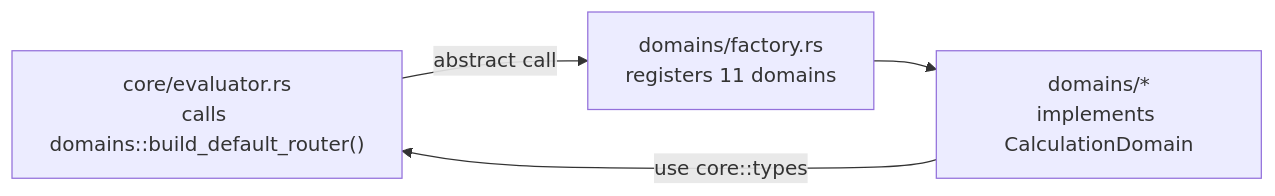
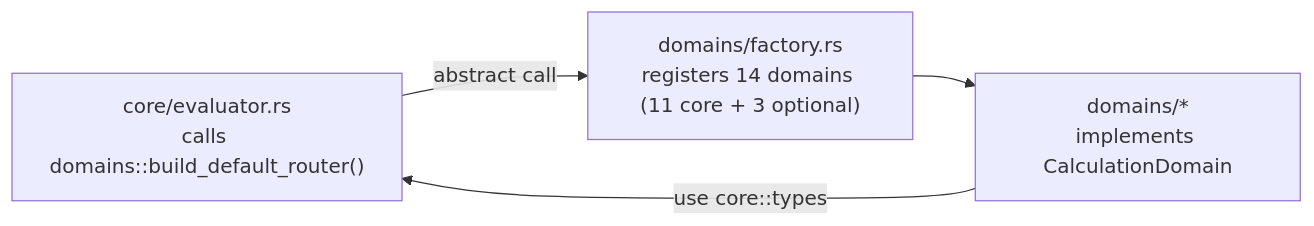
One commit to Kirky-X/calnexus changed the fifth of 6 diagrams in docs/en/ARCHITECTURE.md. Above: the diagram before and after it, drawn with Mermaid. The commit also changed other lines of this file and 9 other files, not shown here.

````diff
--- a/docs/en/ARCHITECTURE.md
+++ b/docs/en/ARCHITECTURE.md
@@ -383,9 +383,9 @@
 ```mermaid
 flowchart LR
     CORE["core/evaluator.rs<br/>calls domains::build_default_router()"]
-    FACTORY["domains/factory.rs<br/>registers 11 domains"]
+    FACTORY["domains/factory.rs<br/>registers 14 domains (11 core + 3 optional)"]
     DOMAINS["domains/*<br/>implements CalculationDomain"]
     CORE -- "abstract call" --> FACTORY
     FACTORY --> DOMAINS
     DOMAINS -- "use core::types" --> CORE
 ```
````
